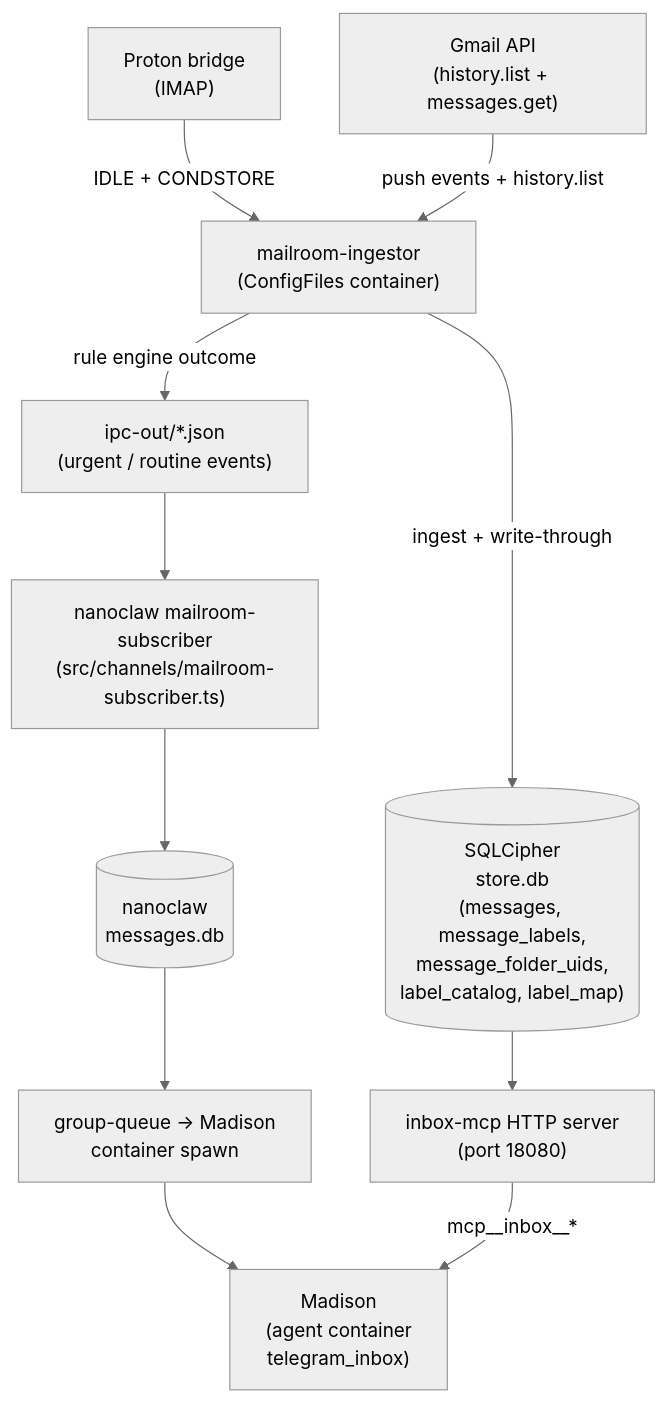
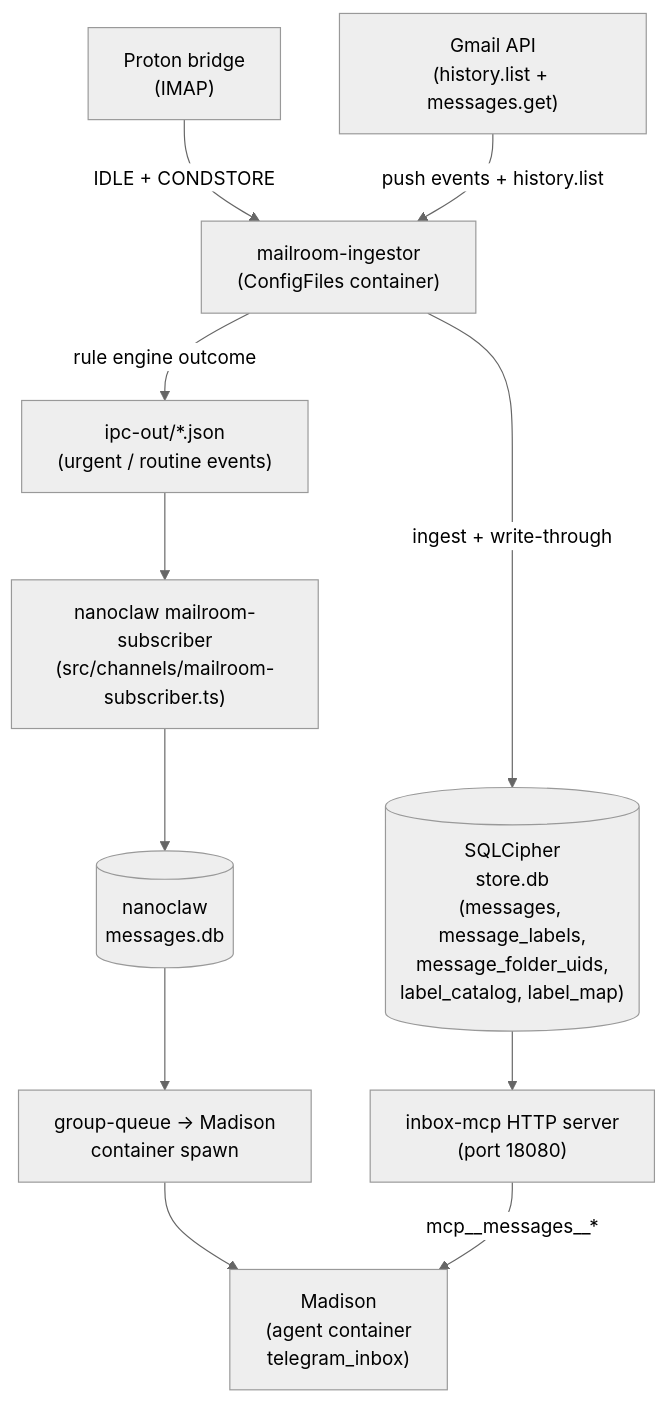
One commit to jmcstone/nanoclaw changed the diagram in lode/architecture/madison-pipeline.md. Above: the diagram before and after it, drawn with Mermaid (neutral theme). The commit also changed 4 other files, not shown here.

````diff
--- a/lode/architecture/madison-pipeline.md
+++ b/lode/architecture/madison-pipeline.md
@@ -81,24 +81,24 @@
 ```mermaid
 flowchart TD
   PBridge["Proton bridge\n(IMAP)"]
   GmailAPI["Gmail API\n(history.list + messages.get)"]
   Ingestor["mailroom-ingestor\n(ConfigFiles container)"]
   StoreDB[("SQLCipher\nstore.db\n(messages, message_labels,\nmessage_folder_uids,\nlabel_catalog, label_map)")]
   IPCOut["ipc-out/*.json\n(urgent / routine events)"]
   Subscriber["nanoclaw mailroom-subscriber\n(src/channels/mailroom-subscriber.ts)"]
   NanoclawDB[("nanoclaw\nmessages.db")]
   Queue["group-queue → Madison\ncontainer spawn"]
   InboxMCP["inbox-mcp HTTP server\n(port 18080)"]
   Madison["Madison\n(agent container\ntelegram_inbox)"]
 
   PBridge -->|IDLE + CONDSTORE| Ingestor
   GmailAPI -->|push events + history.list| Ingestor
   Ingestor -->|ingest + write-through| StoreDB
   Ingestor -->|rule engine outcome| IPCOut
   IPCOut --> Subscriber
   Subscriber --> NanoclawDB
   NanoclawDB --> Queue
   Queue --> Madison
   StoreDB --> InboxMCP
-  InboxMCP -->|mcp__inbox__*| Madison
+  InboxMCP -->|mcp__messages__*| Madison
 ```
````
